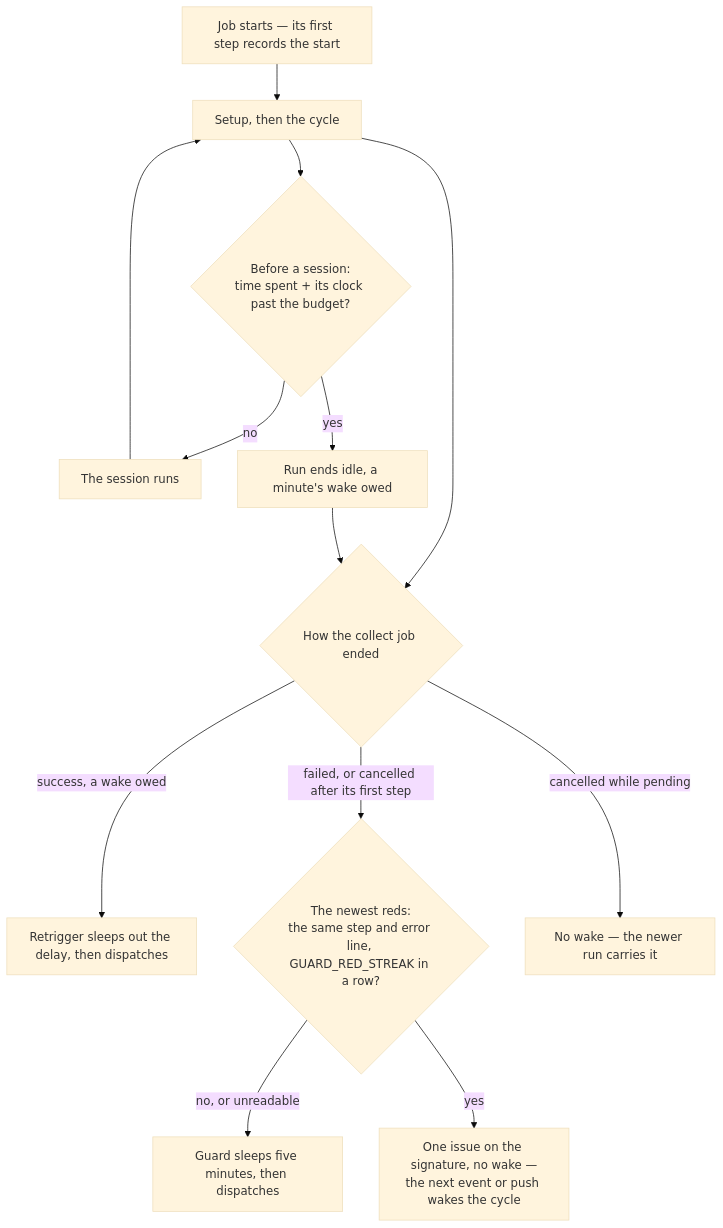
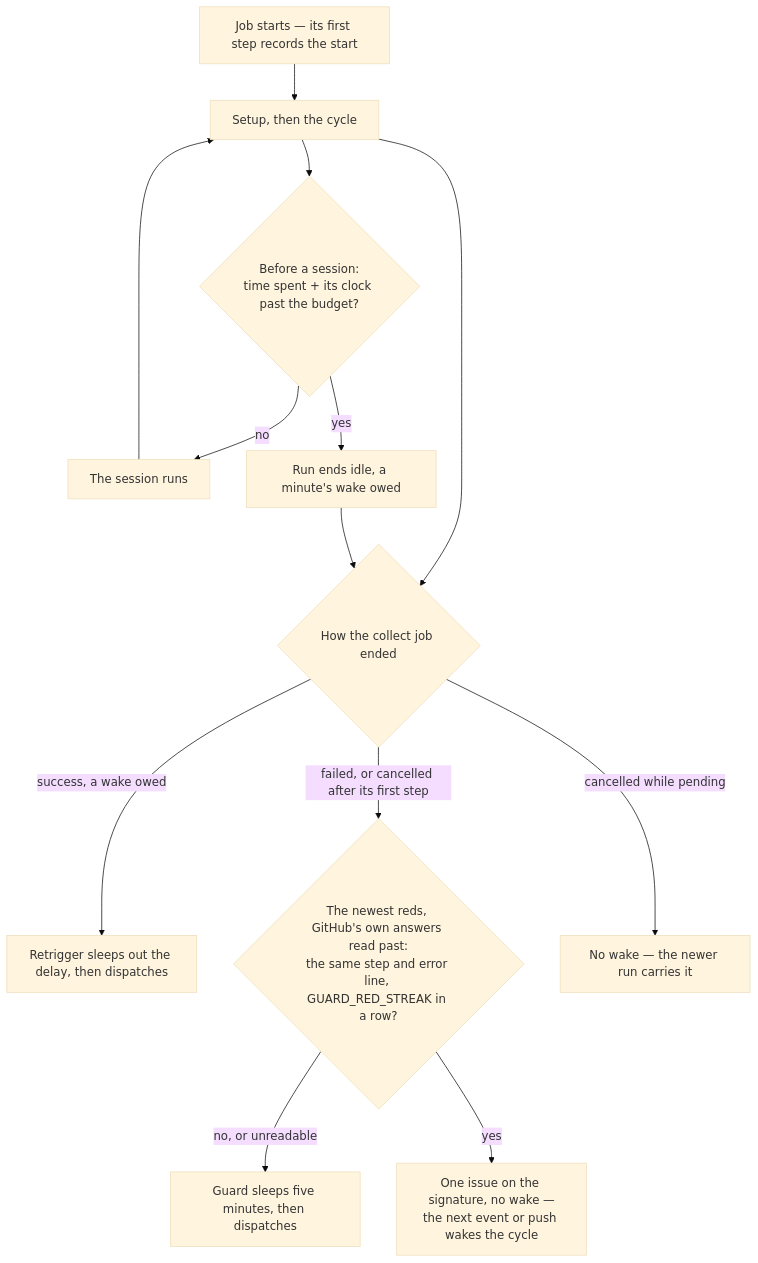
Before and after one commit to Esposter/Esposter: the fourth of 4 diagrams in apps/web/content/docs/infra/review-collector/runner.md, drawn with Mermaid (base theme). The commit also changed other lines of this file and 10 other files, not shown here.

First line of the commit message:
fix(scripts): GitHub's rate limits are outages the collector waits out for as long as GitHub states, and no guard streak counts one

````diff
--- a/apps/web/content/docs/infra/review-collector/runner.md
+++ b/apps/web/content/docs/infra/review-collector/runner.md
@@ -120,15 +120,15 @@
 ```mermaid
 flowchart TD
   S[Job starts — its first step records the start] --> C[Setup, then the cycle]
   C --> Q{Before a session:<br/>time spent + its clock past the budget?}
   Q -->|no| R[The session runs]
   R --> C
   Q -->|yes| I[Run ends idle, a minute's wake owed]
   C --> E{How the collect job ended}
   I --> E
   E -->|success, a wake owed| T[Retrigger sleeps out the delay, then dispatches]
-  E -->|failed, or cancelled after its first step| H{The newest reds:<br/>the same step and error line, GUARD_RED_STREAK in a row?}
+  E -->|failed, or cancelled after its first step| H{The newest reds, GitHub's own answers read past:<br/>the same step and error line, GUARD_RED_STREAK in a row?}
   H -->|no, or unreadable| G[Guard sleeps five minutes, then dispatches]
   H -->|yes| K[One issue on the signature, no wake —<br/>the next event or push wakes the cycle]
   E -->|cancelled while pending| N[No wake — the newer run carries it]
 ```
````
